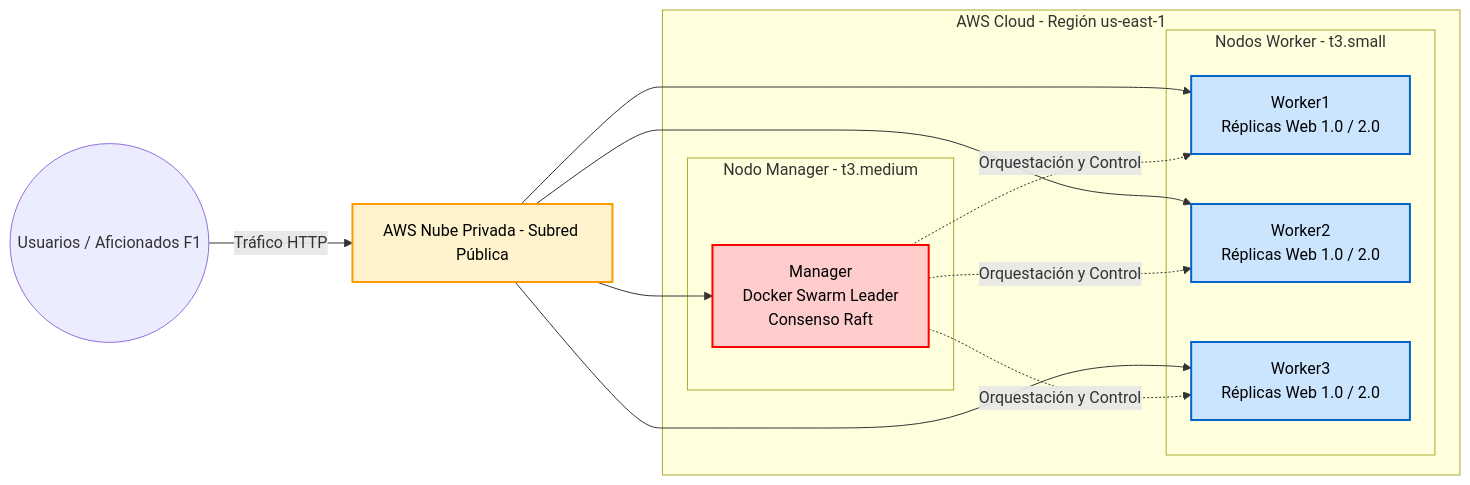
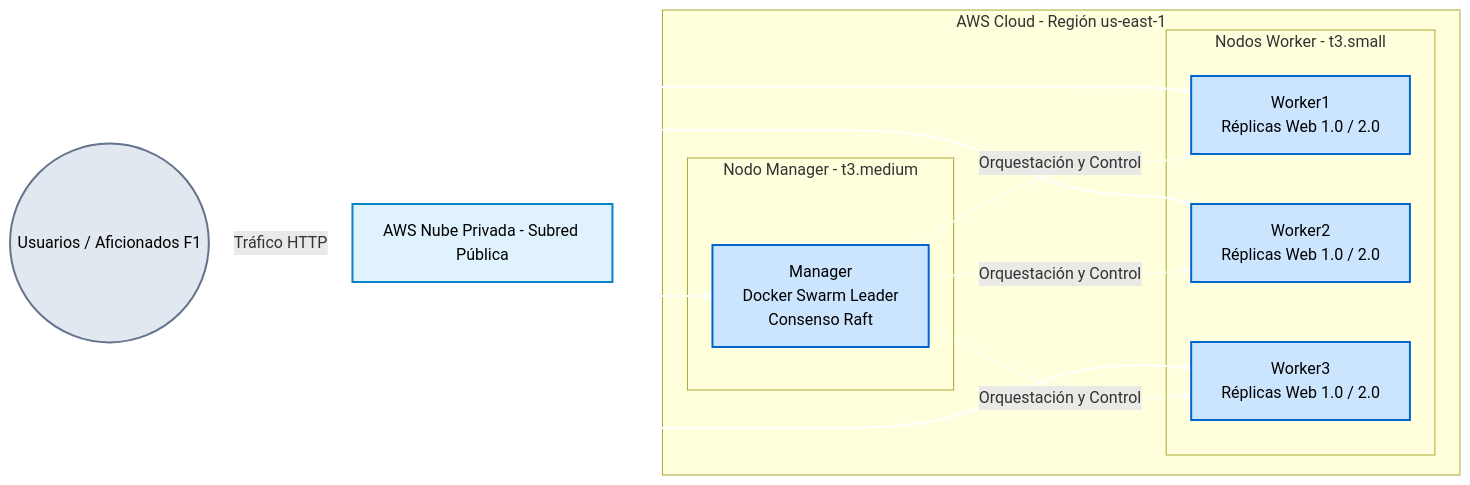
One commit to roberttgal/Grupo1_Cloud changed the diagram in diagramas/diagrama.md. Above: the diagram before and after it, drawn with Mermaid.

Commit message:
Revise Docker Swarm architecture diagram
Updated diagram styles and added color customization.

````diff
--- a/diagramas/diagrama.md
+++ b/diagramas/diagrama.md
@@ -3,31 +3,35 @@
 ```mermaid
 graph LR
     Client((Usuarios / Aficionados F1)) -->|Tráfico HTTP| VPC[AWS Nube Privada - Subred Pública]
     
     subgraph AWS Cloud - Región us-east-1
         subgraph Nodo Manager - t3.medium
             M1[Manager <br/> Docker Swarm Leader <br/> Consenso Raft]
         end
         
         subgraph Nodos Worker - t3.small
             W1[Worker1 <br/> Réplicas Web 1.0 / 2.0]
             W2[Worker2 <br/> Réplicas Web 1.0 / 2.0]
             W3[Worker3 <br/> Réplicas Web 1.0 / 2.0]
         end
     end
 
     VPC --> M1
     VPC --> W1
     VPC --> W2
     VPC --> W3
     M1 -.->|Orquestación y Control| W1
     M1 -.->|Orquestación y Control| W2
     M1 -.->|Orquestación y Control| W3
 
-%% Estilos de color personalizados
-    style M1 fill:#ffcccc,stroke:#ff0000,stroke-width:2px,color:#000
+%% Estilos de color personalizados (Celeste/Azul para cajas y Blanco para flechas)
+    style M1 fill:#cce5ff,stroke:#0066cc,stroke-width:2px,color:#000
     style W1 fill:#cce5ff,stroke:#0066cc,stroke-width:2px,color:#000
     style W2 fill:#cce5ff,stroke:#0066cc,stroke-width:2px,color:#000
     style W3 fill:#cce5ff,stroke:#0066cc,stroke-width:2px,color:#000
-    style VPC fill:#fff3cd,stroke:#ff9900,stroke-width:2px,color:#000
+    style VPC fill:#e0f2fe,stroke:#0284c7,stroke-width:2px,color:#000
+    style Client fill:#e2e8f0,stroke:#64748b,stroke-width:2px,color:#000
+
+    %% Forzar flechas en color blanco
+    linkStyle default stroke:#ffffff,stroke-width:2px;
 ```
````
